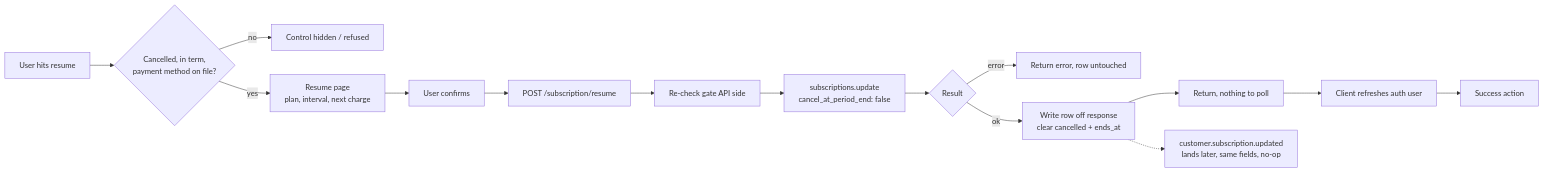
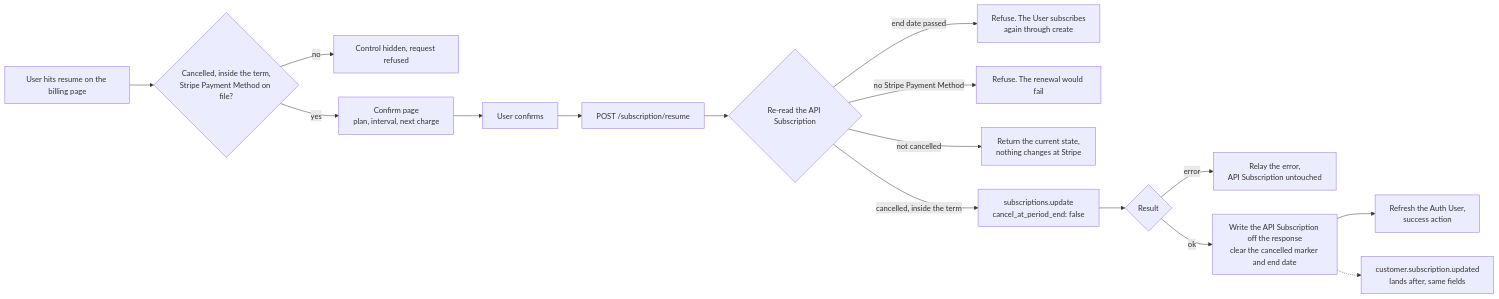
The diagram in flows/subscriptions/stripe/Resume.md (websanova/starter-flows), drawn with Mermaid before and after one commit. The commit also changed other lines of this file and 3 other files, not shown here.

Commit message:
Update flows into new format.

````diff
--- a/flows/subscriptions/stripe/Resume.md
+++ b/flows/subscriptions/stripe/Resume.md
@@ -40,23 +61,23 @@
 ```mermaid
 flowchart LR
-    A[User hits resume] --> B{Cancelled, in term,<br/>payment method on file?}
+    A[User hits resume on the billing page] --> B{Cancelled, inside the term,<br/>Stripe Payment Method on file?}
 
-    B -->|no| C[Control hidden / refused]
-    B -->|yes| D["Resume page<br/>plan, interval, next charge"]
+    B -->|no| C[Control hidden, request refused]
+    B -->|yes| D["Confirm page<br/>plan, interval, next charge"]
 
     D --> E[User confirms]
     E --> F["POST /subscription/resume"]
 
-    F --> G[Re-check gate API side]
-    G --> H["subscriptions.update<br/>cancel_at_period_end: false"]
+    F --> G{Re-read the API Subscription}
+    G -->|end date passed| G1[Refuse. The User subscribes<br/>again through create]
+    G -->|no Stripe Payment Method| G2[Refuse. The renewal would fail]
+    G -->|not cancelled| G3[Return the current state,<br/>nothing changes at Stripe]
+    G -->|cancelled, inside the term| H["subscriptions.update<br/>cancel_at_period_end: false"]
+
     H --> I{Result}
+    I -->|error| J[Relay the error,<br/>API Subscription untouched]
+    I -->|ok| K["Write the API Subscription off the response<br/>clear the cancelled marker and end date"]
 
-    I -->|error| J[Return error, row untouched]
-    I -->|ok| K["Write row off response<br/>clear cancelled + ends_at"]
-
-    K --> L[Return, nothing to poll]
-    L --> M[Client refreshes auth user]
-    M --> N[Success action]
-
-    K -.-> O["customer.subscription.updated<br/>lands later, same fields, no-op"]
+    K --> L[Refresh the Auth User,<br/>success action]
+    K -.-> M["customer.subscription.updated<br/>lands after, same fields"]
 ```
````
